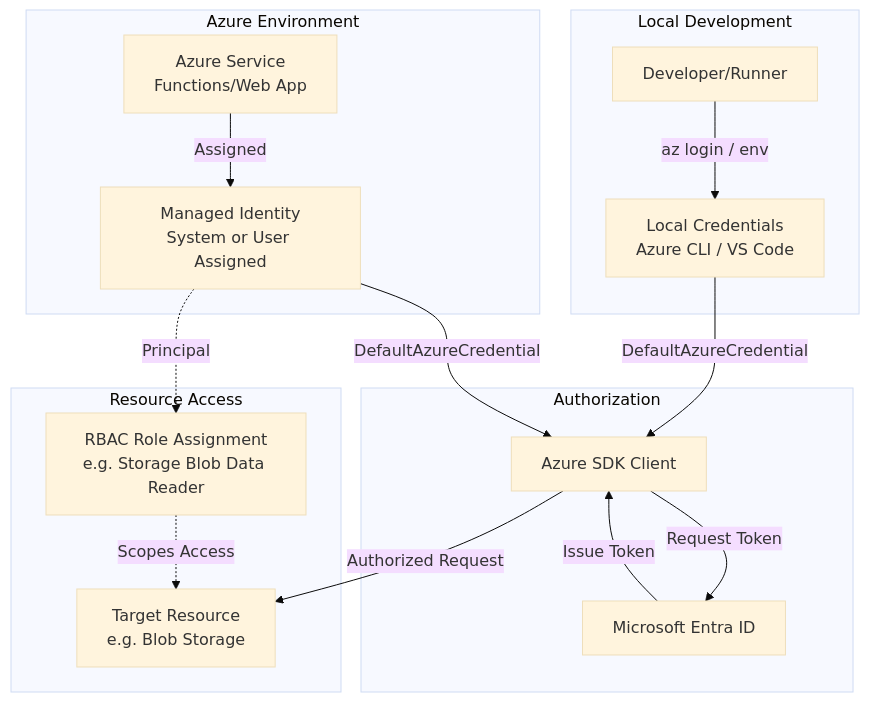
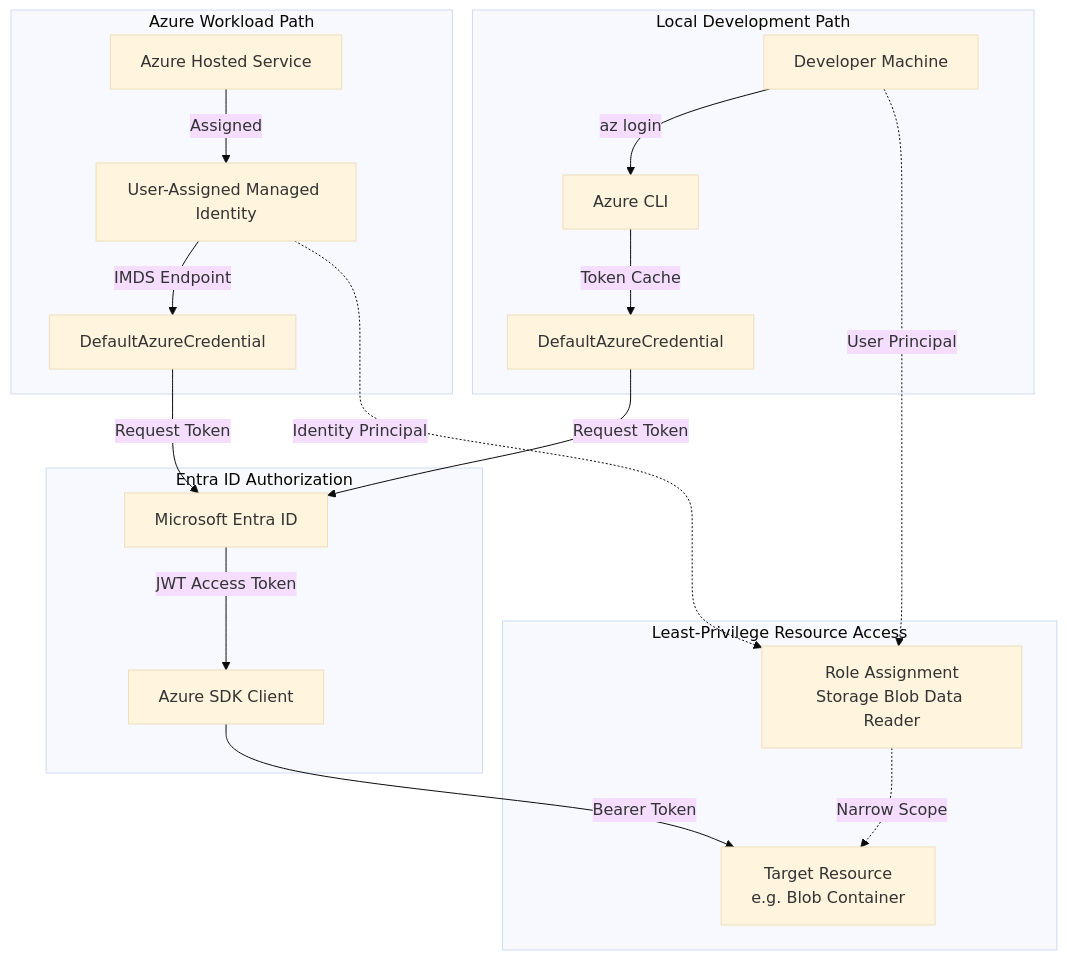
The diagram in building-blocks/security/managed-identity-rbac/README.md (wildersa/azure_ref_kit), drawn with Mermaid (base theme) before and after one commit. The commit also changed other lines of this file and 7 other files, not shown here.

First line of the commit message:
Implement managed identity and least-privilege RBAC reference (#247)

````diff
--- a/building-blocks/security/managed-identity-rbac/README.md
+++ b/building-blocks/security/managed-identity-rbac/README.md
@@ -170,23 +153,25 @@
 ```mermaid
 flowchart TD
-    subgraph "Local Development"
-        Dev[Developer/Runner] -->|az login / env| LocalCreds[Local Credentials\nAzure CLI / VS Code]
+    subgraph "Local Development Path"
+        Developer[Developer Machine] -->|az login| CLI[Azure CLI]
+        CLI -->|Token Cache| DAC_Local[DefaultAzureCredential]
     end
 
-    subgraph "Azure Environment"
-        Service[Azure Service\nFunctions/Web App] -->|Assigned| MI[Managed Identity\nSystem or User Assigned]
+    subgraph "Azure Workload Path"
+        Workload[Azure Hosted Service] -->|Assigned| UAMI[User-Assigned Managed Identity]
+        UAMI -->|IMDS Endpoint| DAC_Azure[DefaultAzureCredential]
     end
 
-    subgraph "Authorization"
-        LocalCreds -->|DefaultAzureCredential| SDK[Azure SDK Client]
-        MI -->|DefaultAzureCredential| SDK
-        SDK -->|Request Token| Entra[Microsoft Entra ID]
-        Entra -->|Issue Token| SDK
+    subgraph "Entra ID Authorization"
+        DAC_Local -->|Request Token| Entra[Microsoft Entra ID]
+        DAC_Azure -->|Request Token| Entra
+        Entra -->|JWT Access Token| Client[Azure SDK Client]
     end
 
-    subgraph "Resource Access"
-        SDK -->|Authorized Request| Resource[Target Resource\ne.g. Blob Storage]
-        Role[RBAC Role Assignment\ne.g. Storage Blob Data Reader] -.->|Scopes Access| Resource
-        MI -.->|Principal| Role
+    subgraph "Least-Privilege Resource Access"
+        Client -->|Bearer Token| Target[Target Resource\ne.g. Blob Container]
+        Assignment[Role Assignment\nStorage Blob Data Reader] -.->|Narrow Scope| Target
+        UAMI -.->|Identity Principal| Assignment
+        Developer -.->|User Principal| Assignment
     end
 ```
````
